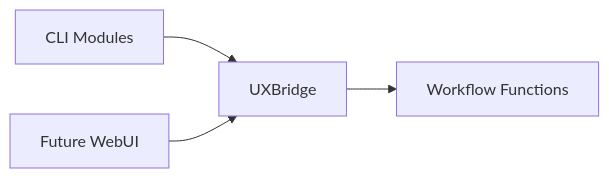
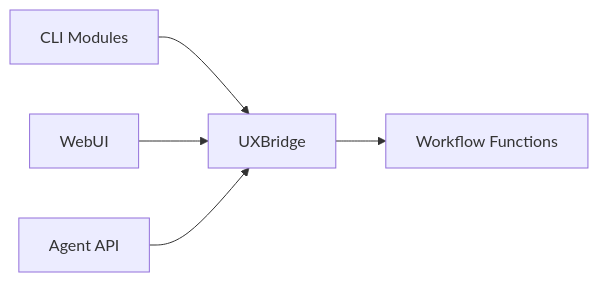
One commit to ravenoak/devsynth changed the first of 2 diagrams in docs/architecture/uxbridge.md. Above: the diagram before and after it, drawn with Mermaid. The commit also changed 2 other files, not shown here.

Commit message:
docs: add WebUI overview and update UXBridge

````diff
--- a/docs/architecture/uxbridge.md
+++ b/docs/architecture/uxbridge.md
@@ -29,6 +29,7 @@
 ```mermaid
 graph LR
     CLI[CLI Modules] --> Bridge[UXBridge]
-    WebUI[Future WebUI] --> Bridge
+    WebUI[WebUI] --> Bridge
+    AgentAPI[Agent API] --> Bridge
     Bridge --> Core[Workflow Functions]
 ```
````
